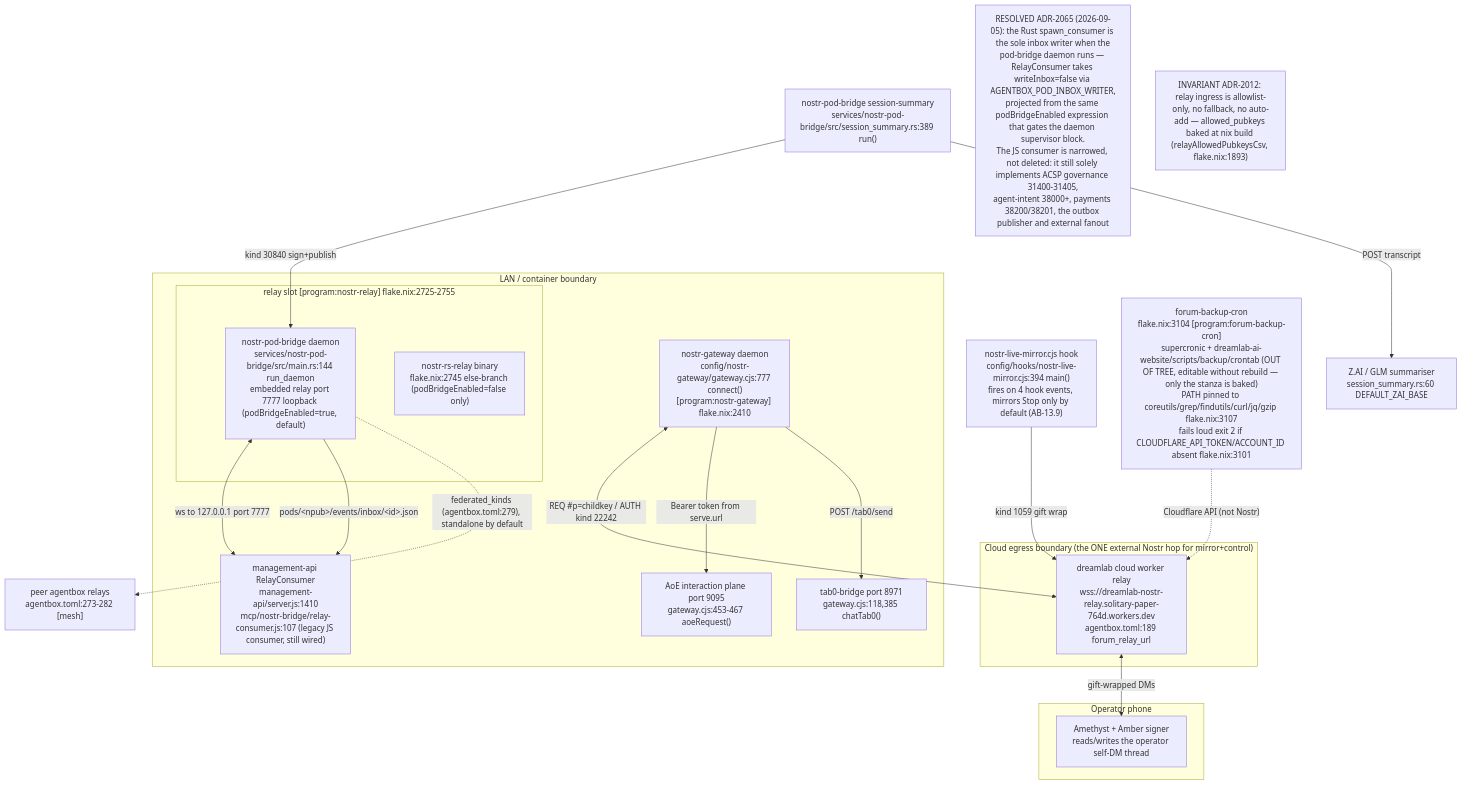
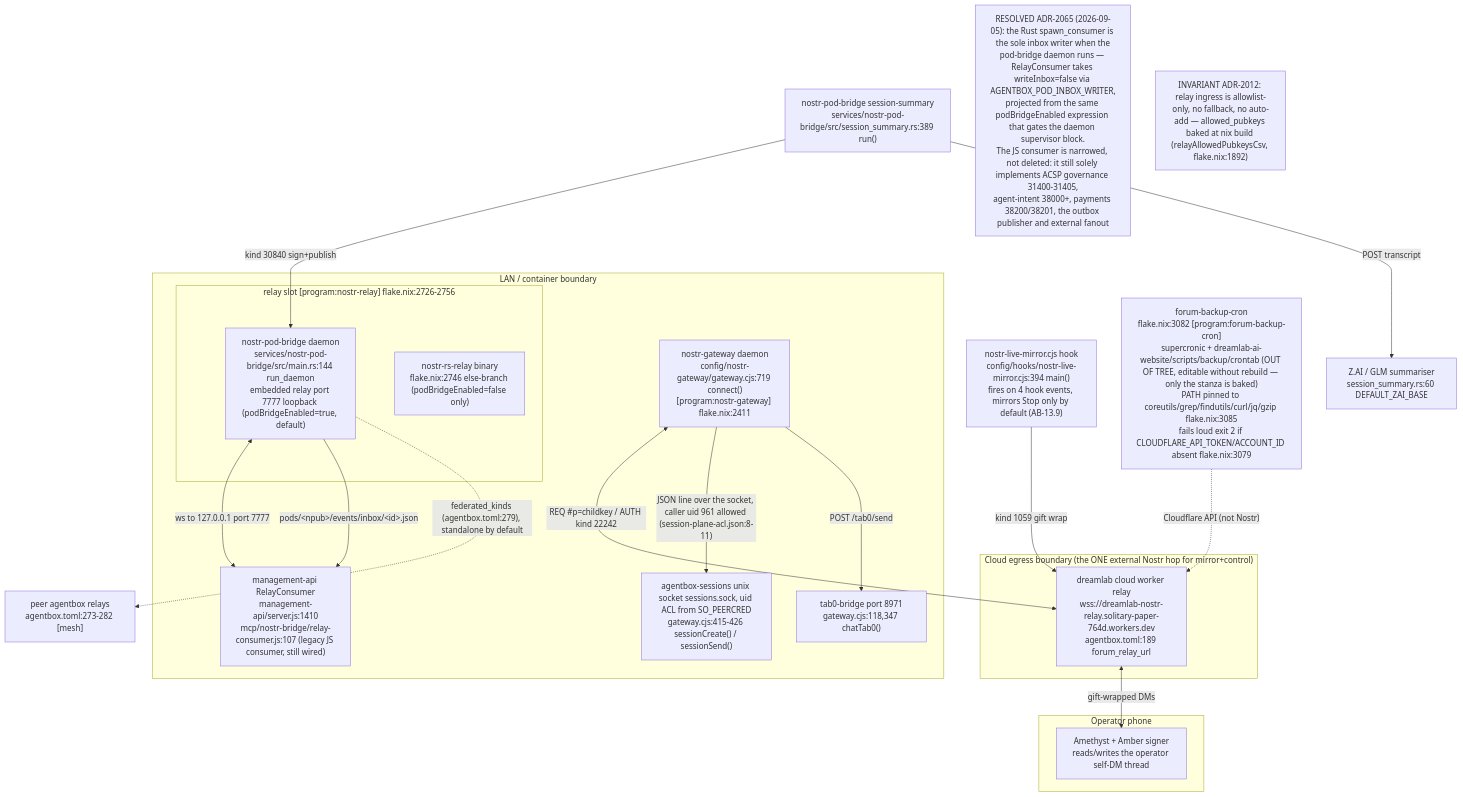
One commit to DreamLab-AI/VisionFlow changed the first of 16 diagrams in docs/diagrams/agentbox/13-nostr-relay-gateway-bridge-mirror.md. Above: the diagram before and after it, drawn with Mermaid. The commit also changed other lines of this file and 145 other files, not shown here.

````diff
--- a/docs/diagrams/agentbox/13-nostr-relay-gateway-bridge-mirror.md
+++ b/docs/diagrams/agentbox/13-nostr-relay-gateway-bridge-mirror.md
@@ -43,39 +46,39 @@
 ```mermaid
 flowchart TB
     subgraph lan["LAN / container boundary"]
-        subgraph relayslot["relay slot [program:nostr-relay] flake.nix:2725-2755"]
+        subgraph relayslot["relay slot [program:nostr-relay] flake.nix:2726-2756"]
             PB["nostr-pod-bridge daemon<br/>services/nostr-pod-bridge/src/main.rs:144 run_daemon<br/>embedded relay port 7777 loopback (podBridgeEnabled=true, default)"]
-            RS["nostr-rs-relay binary<br/>flake.nix:2745 else-branch (podBridgeEnabled=false only)"]
+            RS["nostr-rs-relay binary<br/>flake.nix:2746 else-branch (podBridgeEnabled=false only)"]
         end
-        GW["nostr-gateway daemon<br/>config/nostr-gateway/gateway.cjs:777 connect()<br/>[program:nostr-gateway] flake.nix:2410"]
+        GW["nostr-gateway daemon<br/>config/nostr-gateway/gateway.cjs:719 connect()<br/>[program:nostr-gateway] flake.nix:2411"]
         MGMT["management-api RelayConsumer<br/>management-api/server.js:1410<br/>mcp/nostr-bridge/relay-consumer.js:107 (legacy JS consumer, still wired)"]
-        AOE["AoE interaction plane port 9095<br/>gateway.cjs:453-467 aoeRequest()"]
-        TAB0["tab0-bridge port 8971<br/>gateway.cjs:118,385 chatTab0()"]
+        SESS["agentbox-sessions unix socket sessions.sock, uid ACL from SO_PEERCRED<br/>gateway.cjs:415-426 sessionCreate() / sessionSend()"]
+        TAB0["tab0-bridge port 8971<br/>gateway.cjs:118,347 chatTab0()"]
     end
     subgraph cloud["Cloud egress boundary (the ONE external Nostr hop for mirror+control)"]
         CLOUD["dreamlab cloud worker relay<br/>wss://dreamlab-nostr-relay.solitary-paper-764d.workers.dev<br/>agentbox.toml:189 forum_relay_url"]
     end
     subgraph phone["Operator phone"]
         AME["Amethyst + Amber signer<br/>reads/writes the operator self-DM thread"]
     end
     MIRROR["nostr-live-mirror.cjs hook<br/>config/hooks/nostr-live-mirror.cjs:394 main()<br/>fires on 4 hook events, mirrors Stop only by default (AB-13.9)"]
     DIGEST["nostr-pod-bridge session-summary<br/>services/nostr-pod-bridge/src/session_summary.rs:389 run()"]
     ZAI["Z.AI / GLM summariser<br/>session_summary.rs:60 DEFAULT_ZAI_BASE"]
-    FORUM["forum-backup-cron<br/>flake.nix:3104 [program:forum-backup-cron]<br/>supercronic + dreamlab-ai-website/scripts/backup/crontab (OUT OF TREE, editable without rebuild — only the stanza is baked)<br/>PATH pinned to coreutils/grep/findutils/curl/jq/gzip flake.nix:3107<br/>fails loud exit 2 if CLOUDFLARE_API_TOKEN/ACCOUNT_ID absent flake.nix:3101"]
+    FORUM["forum-backup-cron<br/>flake.nix:3082 [program:forum-backup-cron]<br/>supercronic + dreamlab-ai-website/scripts/backup/crontab (OUT OF TREE, editable without rebuild — only the stanza is baked)<br/>PATH pinned to coreutils/grep/findutils/curl/jq/gzip flake.nix:3085<br/>fails loud exit 2 if CLOUDFLARE_API_TOKEN/ACCOUNT_ID absent flake.nix:3079"]
     MESH["peer agentbox relays<br/>agentbox.toml:273-282 [mesh]"]
 
     MIRROR -->|"kind 1059 gift wrap"| CLOUD
     GW <-->|"REQ #p=childkey / AUTH kind 22242"| CLOUD
     CLOUD <-->|"gift-wrapped DMs"| AME
     DIGEST -->|"kind 30840 sign+publish"| PB
     DIGEST -->|"POST transcript"| ZAI
     PB <-->|"ws to 127.0.0.1 port 7777"| MGMT
     PB -->|"pods/&lt;npub&gt;/events/inbox/&lt;id&gt;.json"| MGMT
-    GW -->|"Bearer token from serve.url"| AOE
+    GW -->|"JSON line over the socket, caller uid 961 allowed (session-plane-acl.json:8-11)"| SESS
     GW -->|"POST /tab0/send"| TAB0
     PB -.->|"federated_kinds (agentbox.toml:279), standalone by default"| MESH
     FORUM -.->|"Cloudflare API (not Nostr)"| CLOUD
 
 N1["RESOLVED ADR-2065 (2026-09-05): the Rust spawn_consumer is the sole inbox writer when the<br/>pod-bridge daemon runs — RelayConsumer takes writeInbox=false via AGENTBOX_POD_INBOX_WRITER,<br/>projected from the same podBridgeEnabled expression that gates the daemon supervisor block.<br/>The JS consumer is narrowed, not deleted: it still solely implements ACSP governance 31400-31405,<br/>agent-intent 38000+, payments 38200/38201, the outbox publisher and external fanout"]
-    N2["INVARIANT ADR-2012: relay ingress is allowlist-only, no fallback, no auto-add — allowed_pubkeys baked at nix build (relayAllowedPubkeysCsv, flake.nix:1893)"]
+    N2["INVARIANT ADR-2012: relay ingress is allowlist-only, no fallback, no auto-add — allowed_pubkeys baked at nix build (relayAllowedPubkeysCsv, flake.nix:1892)"]
 ```
````
